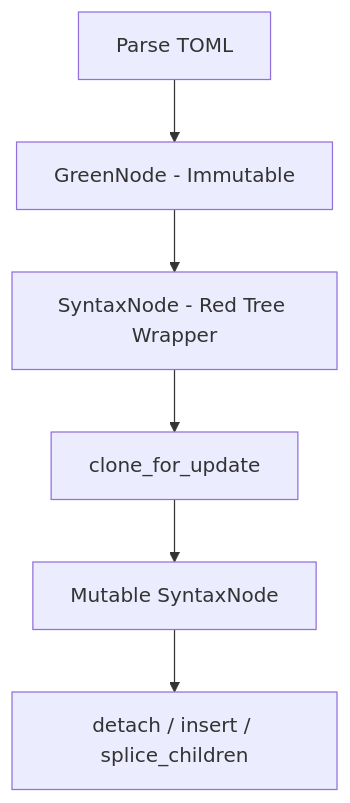
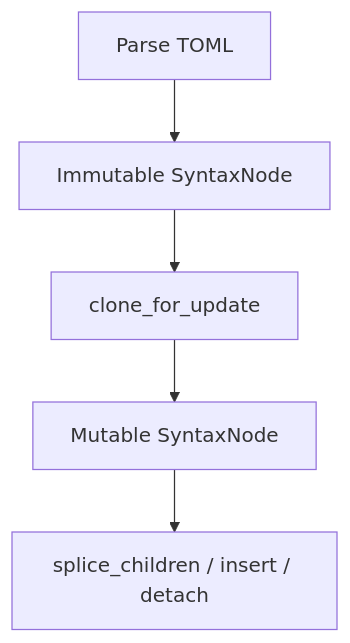
The diagram in CONTRIBUTING.md (tox-dev/toml-fmt), drawn with Mermaid before and after one commit. The commit also changed other lines of this file and 51 other files, not shown here.

````diff
--- a/CONTRIBUTING.md
+++ b/CONTRIBUTING.md
@@ -159,8 +154,7 @@
 ```mermaid
 graph TD
-    A[Parse TOML] --> B[GreenNode - Immutable]
-    B --> C[SyntaxNode - Red Tree Wrapper]
-    C --> D[clone_for_update]
-    D --> E[Mutable SyntaxNode]
-    E --> F[detach / insert / splice_children]
+    A[Parse TOML] --> B[Immutable SyntaxNode]
+    B --> C[clone_for_update]
+    C --> D[Mutable SyntaxNode]
+    D --> E[splice_children / insert / detach]
 ```
````
